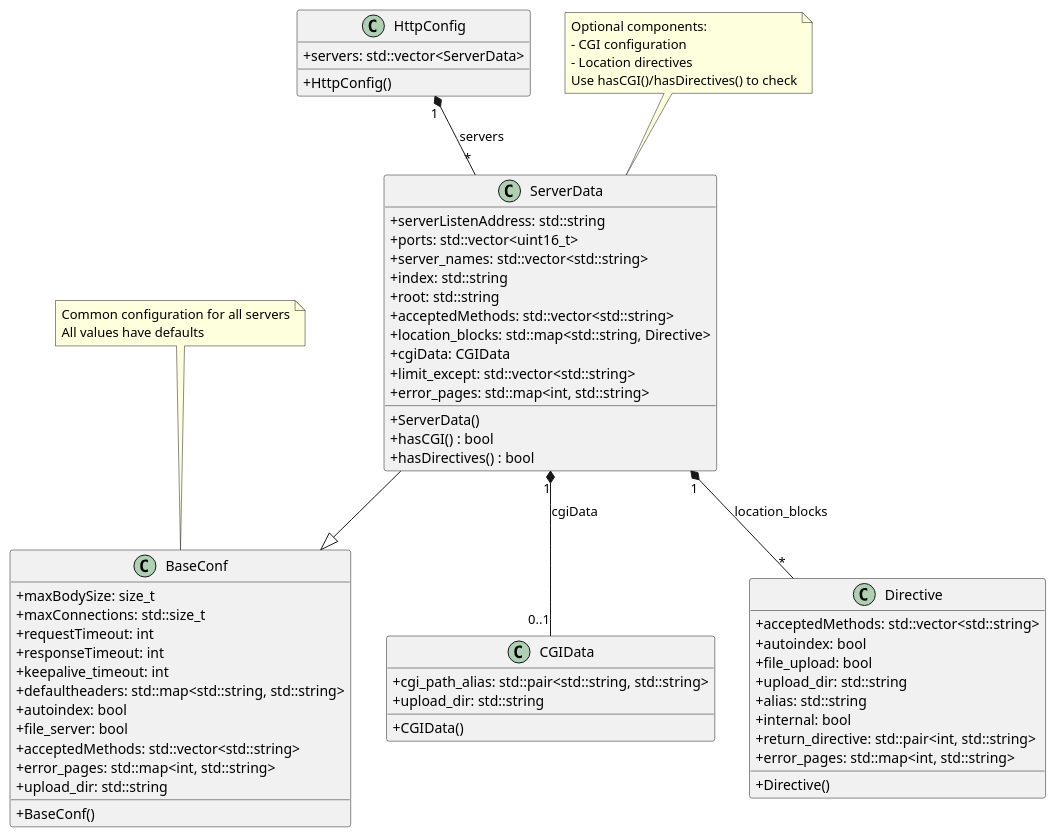
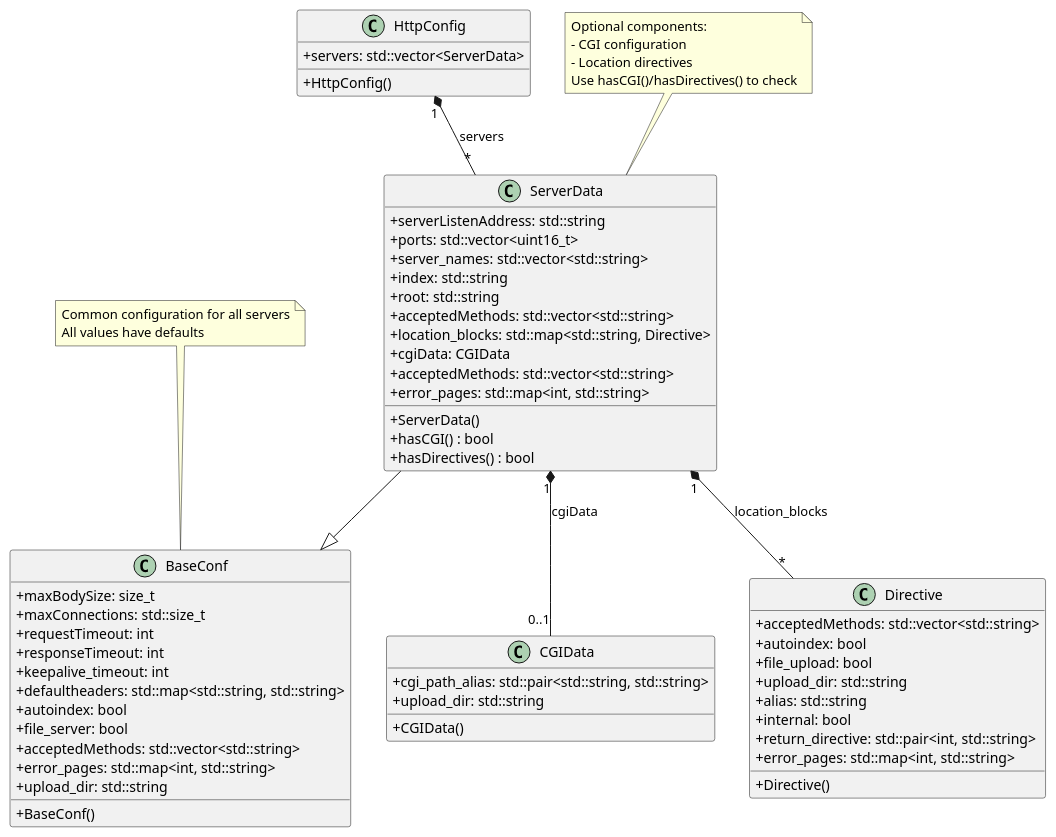
The first of 2 diagrams in docs/plantUMLCode.md (multitudes/httpwebserver), drawn with PlantUML before and after one commit. The commit also changed 12 other files, not shown here.

````diff
--- a/docs/plantUMLCode.md
+++ b/docs/plantUMLCode.md
@@ -1,77 +1,77 @@
 ```plantuml
 @startuml
 skinparam classAttributeIconSize 0
 
 class CGIData {
   + cgi_path_alias: std::pair<std::string, std::string>
   + upload_dir: std::string
   + CGIData()
 }
 
 class Directive {
   + acceptedMethods: std::vector<std::string>
   + autoindex: bool
   + file_upload: bool
   + upload_dir: std::string
   + alias: std::string
   + internal: bool
   + return_directive: std::pair<int, std::string>
   + error_pages: std::map<int, std::string>
   + Directive()
 }
 
 class BaseConf {
   + maxBodySize: size_t
   + maxConnections: std::size_t
   + requestTimeout: int
   + responseTimeout: int
   + keepalive_timeout: int
   + defaultheaders: std::map<std::string, std::string>
   + autoindex: bool
   + file_server: bool
   + acceptedMethods: std::vector<std::string>
   + error_pages: std::map<int, std::string>
   + upload_dir: std::string
   + BaseConf()
 }
 
 class ServerData {
   + serverListenAddress: std::string
   + ports: std::vector<uint16_t>
   + server_names: std::vector<std::string>
   + index: std::string
   + root: std::string
   + acceptedMethods: std::vector<std::string>
   + location_blocks: std::map<std::string, Directive>
   + cgiData: CGIData
-  + limit_except: std::vector<std::string>
+  + acceptedMethods: std::vector<std::string>
   + error_pages: std::map<int, std::string>
   + ServerData()
   + hasCGI() : bool
   + hasDirectives() : bool
 }
 
 class HttpConfig {
   + servers: std::vector<ServerData>
   + HttpConfig()
 }
 
 ServerData --|> BaseConf
 HttpConfig "1" *-- "*" ServerData : servers
 ServerData "1" *-- "0..1" CGIData : cgiData
 ServerData "1" *-- "*" Directive : location_blocks
 
 note top of BaseConf
   Common configuration for all servers
   All values have defaults
 end note
 
 note top of ServerData
   Optional components:
   - CGI configuration
   - Location directives
   Use hasCGI()/hasDirectives() to check
 end note
 @enduml
 
 ```
````
